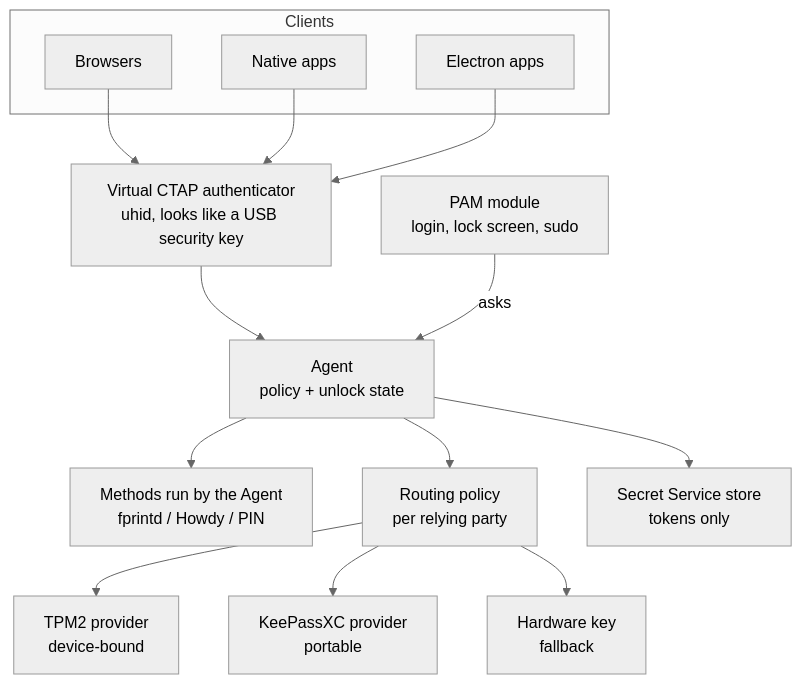
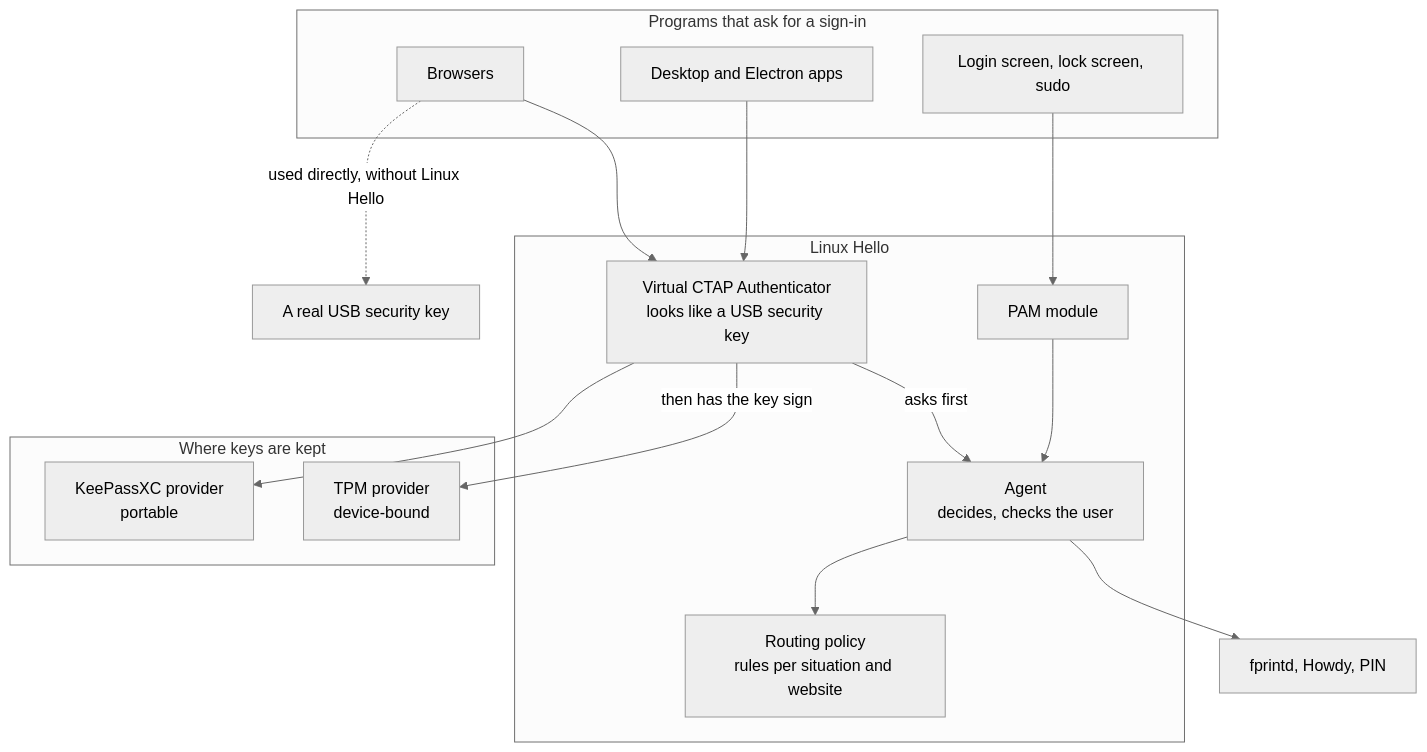
The diagram in arc42/04-solution-strategy.md (LinuxHello/architecture), drawn with Mermaid (neutral theme) before and after one commit. The commit also changed other lines of this file and 6 other files, not shown here.

````diff
--- a/arc42/04-solution-strategy.md
+++ b/arc42/04-solution-strategy.md
@@ -29,28 +37,30 @@
 ```mermaid
 flowchart TB
-  subgraph Clients
+  subgraph Ask["Programs that ask for a sign-in"]
     B[Browsers]
-    N[Native apps]
-    E[Electron apps]
+    A[Desktop and Electron apps]
+    L[Login screen, lock screen, sudo]
   end
-  P[Virtual CTAP authenticator<br/>uhid, looks like a USB security key]
-  BR[Agent<br/>policy + unlock state]
-  U[PAM module<br/>login, lock screen, sudo]
-  M[Methods run by the Agent<br/>fprintd / Howdy / PIN]
-  R[Routing policy<br/>per relying party]
-  T[TPM2 provider<br/>device-bound]
-  K[KeePassXC provider<br/>portable]
-  H[Hardware key<br/>fallback]
-  SS[Secret Service store<br/>tokens only]
-  B --> P
-  N --> P
-  E --> P
-  P --> BR
-  U -->|asks| BR
-  BR --> M
-  BR --> R
-  R --> T
-  R --> K
-  R --> H
-  BR --> SS
+  subgraph LH["Linux Hello"]
+    V[Virtual CTAP Authenticator<br/>looks like a USB security key]
+    P[PAM module]
+    AG[Agent<br/>decides, checks the user]
+    R[Routing policy<br/>rules per situation and website]
+  end
+  subgraph Keys["Where keys are kept"]
+    T[TPM provider<br/>device-bound]
+    K[KeePassXC provider<br/>portable]
+  end
+  M[fprintd, Howdy, PIN]
+  HW[A real USB security key]
+  B --> V
+  A --> V
+  L --> P
+  V -->|asks first| AG
+  P --> AG
+  AG --> M
+  AG --> R
+  V -->|then has the key sign| T
+  V --> K
+  B -.->|used directly, without Linux Hello| HW
 ```
````
